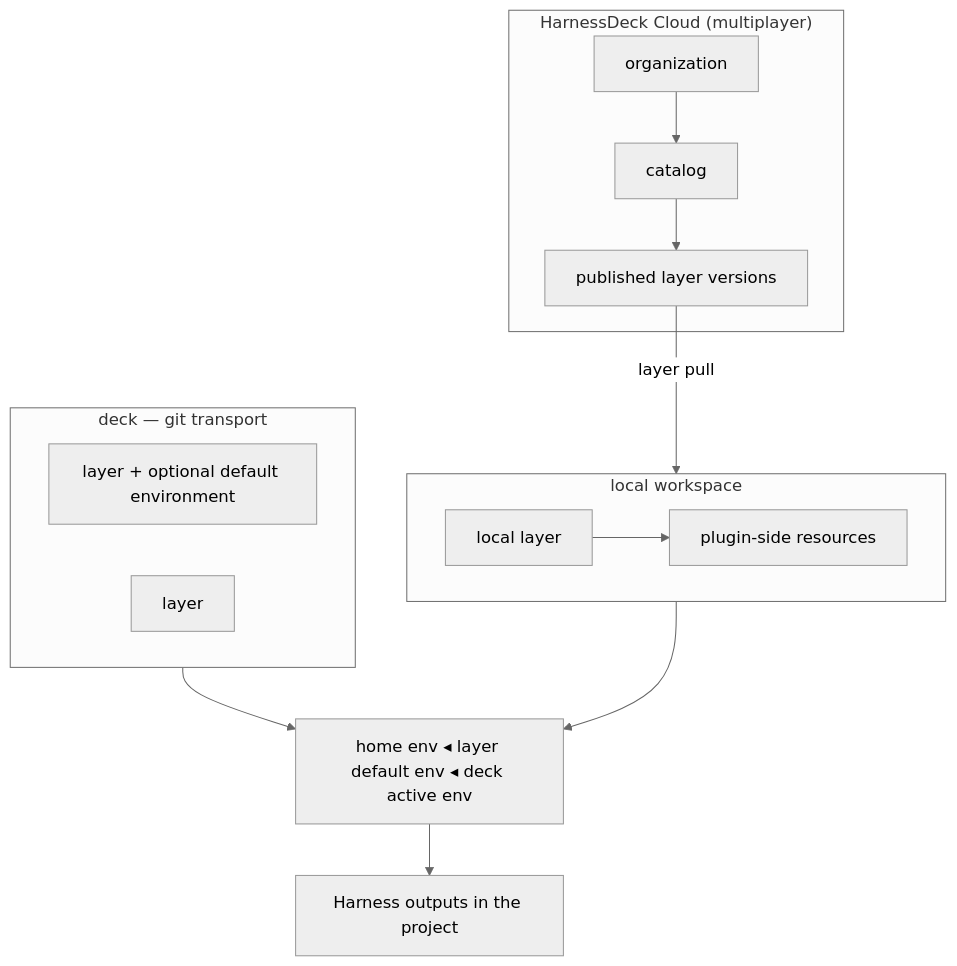
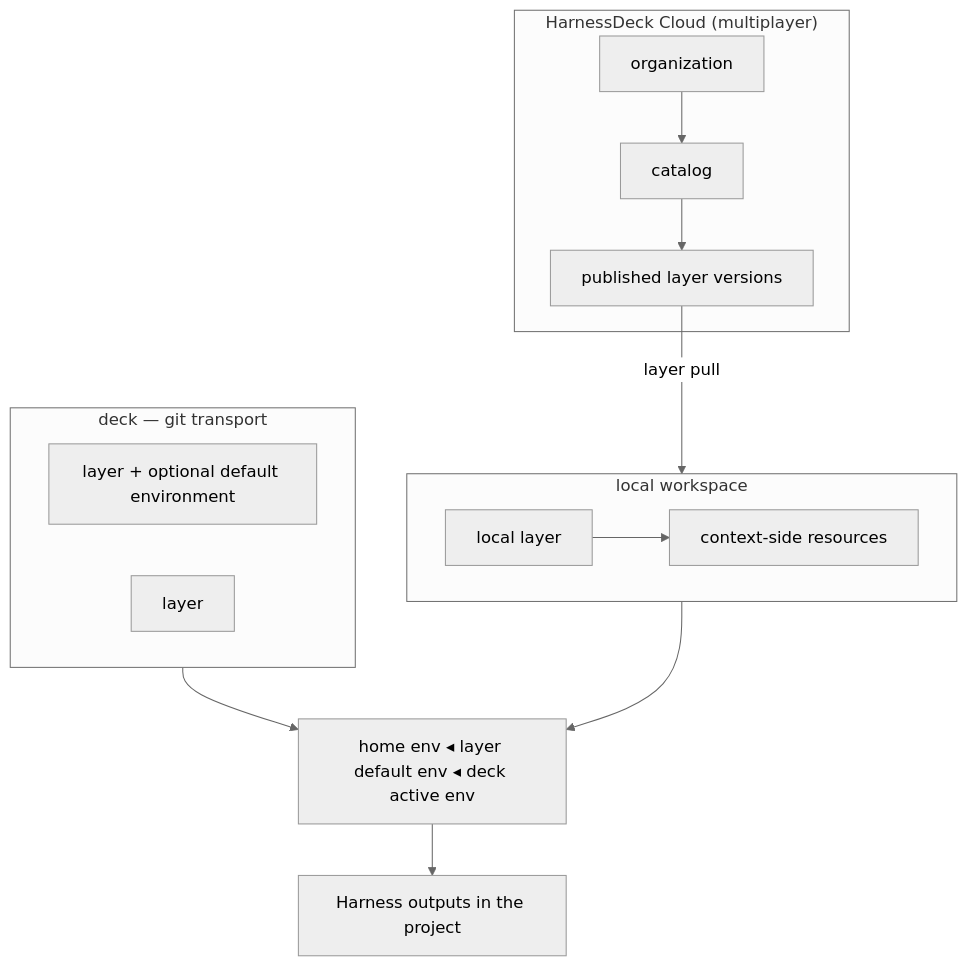
Before and after one commit to harnesstap/harnesstap: the diagram in SPEC.md, drawn with Mermaid (neutral theme). The commit also changed other lines of this file and 36 other files, not shown here.

First line of the commit message:
Rename composition plugin refs to plugin_pin and adopt context-side vocabulary.

````diff
--- a/SPEC.md
+++ b/SPEC.md
@@ -27,25 +27,25 @@
 ```mermaid
 flowchart TB
   subgraph Cloud["HarnessDeck Cloud (multiplayer)"]
     Org[organization]
     Cat[catalog]
     PubL[published layer versions]
     Org --> Cat --> PubL
   end
 
   subgraph Local["local workspace"]
     LL[local layer]
-    Res[plugin-side resources]
+    Res[context-side resources]
     LL --> Res
   end
 
   subgraph Deck["deck — git transport"]
     DL1[layer + optional default environment]
     DL2[layer]
   end
 
   PubL -->|layer pull| Local
   Deck --> Cascade["home env ◂ layer default env ◂ deck active env"]
   Local --> Cascade
   Cascade --> Out[Harness outputs in the project]
 ```
````
